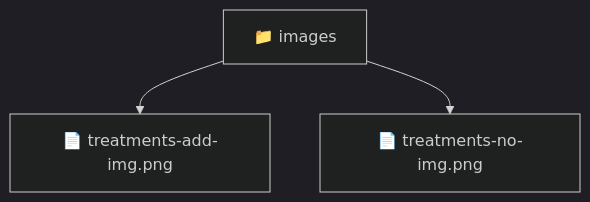
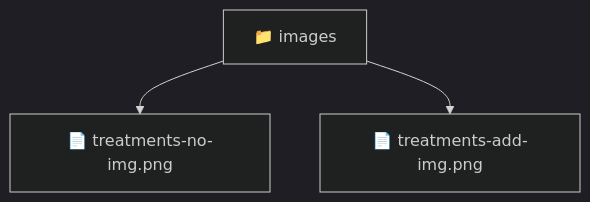
Before and after one commit to beginwebdev2002/fullstack-mavluda: the diagram in frontend/public/images/README.md, drawn with Mermaid (dark theme). The commit also changed other lines of this file and 164 other files, not shown here.

First line of the commit message:
docs: generate robust autonomous architectural documentation

````diff
--- a/frontend/public/images/README.md
+++ b/frontend/public/images/README.md
@@ -9,6 +11,6 @@
 ```mermaid
 graph TD
-  Root["📁 images"]
-  Root --> treatments_add_img_png["📄 treatments-add-img.png"]
-  Root --> treatments_no_img_png["📄 treatments-no-img.png"]
+    f_images["📁 images"]
+    f_images --> f_treatments_no_img_png["📄 treatments-no-img.png"]
+    f_images --> f_treatments_add_img_png["📄 treatments-add-img.png"]
 ```
````
